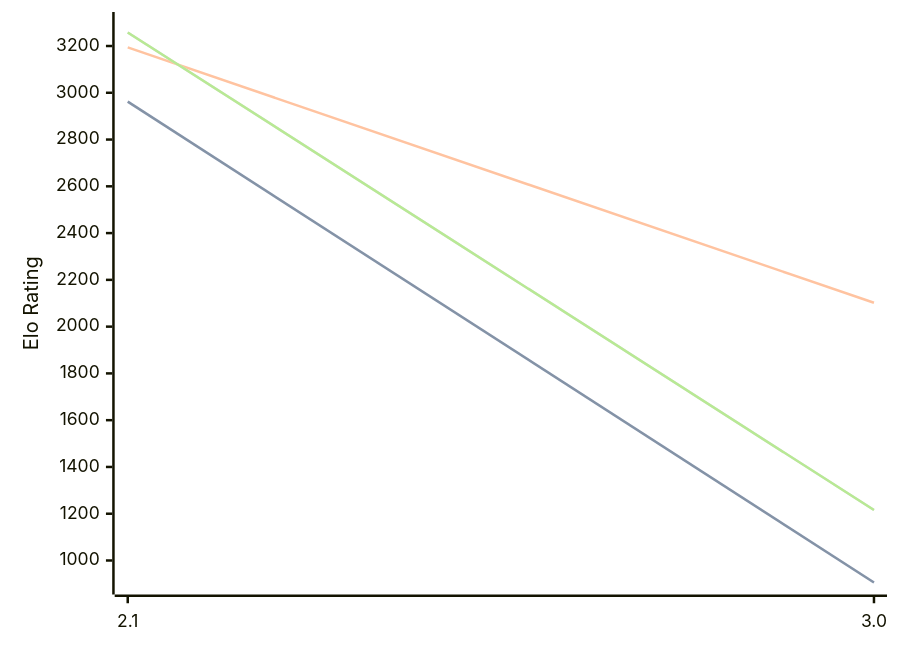
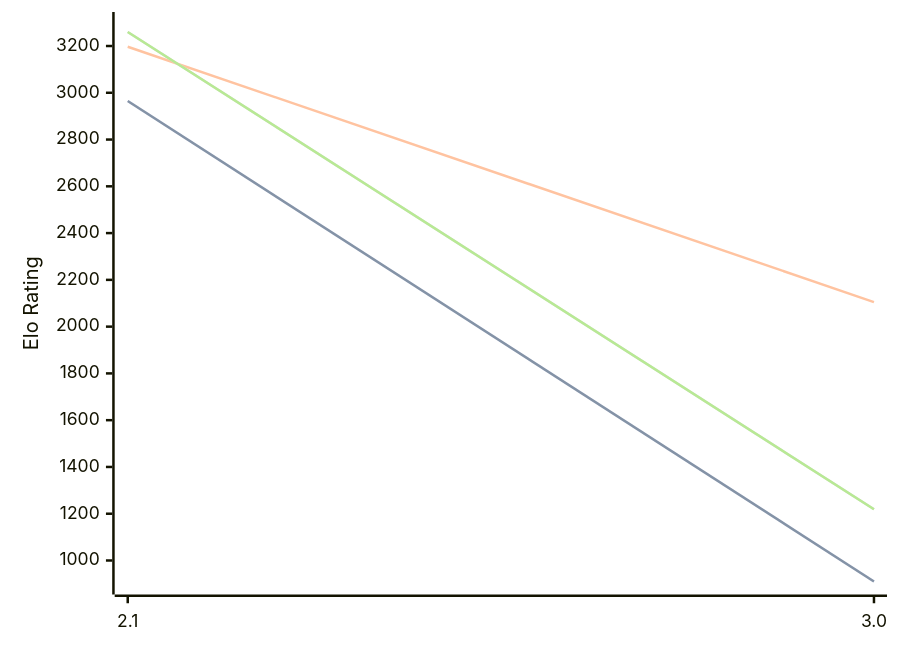
One commit to computer-chess-index/cci changed the diagram in engines/Quirky.md. Above: the diagram before and after it, drawn with Mermaid. The commit also changed other lines of this file, not shown here.

Commit message:
Update CCI Ratings (ELO VLTC) - 2026-09-24

````diff
--- a/engines/Quirky.md
+++ b/engines/Quirky.md
@@ -32,11 +32,11 @@
 ```mermaid
 %%{init: {"theme":"base","themeVariables":{"seriesColors:['#a3a3a3','#222221','#faa371']}}}%%
 xychart-beta
   x-axis ["2.1", "3.0"]
   y-axis "Elo Rating" 900 --> 3300
-  line "" [2962, 906]
-  line "STC (8.0+0.08s)" [2962, 906]
-  line "LTC (60.0+0.60s)" [3194, 2102]
-  line "" [3258, 1216]
-  line "VLTC (2m24s+1.12s)" [3258, 1216]
+  line "" [2965, 910]
+  line "STC (8.0+0.08s)" [2965, 910]
+  line "LTC (60.0+0.60s)" [3197, 2105]
+  line "" [3260, 1219]
+  line "VLTC (2m24s+1.12s)" [3260, 1219]
 ```
````
